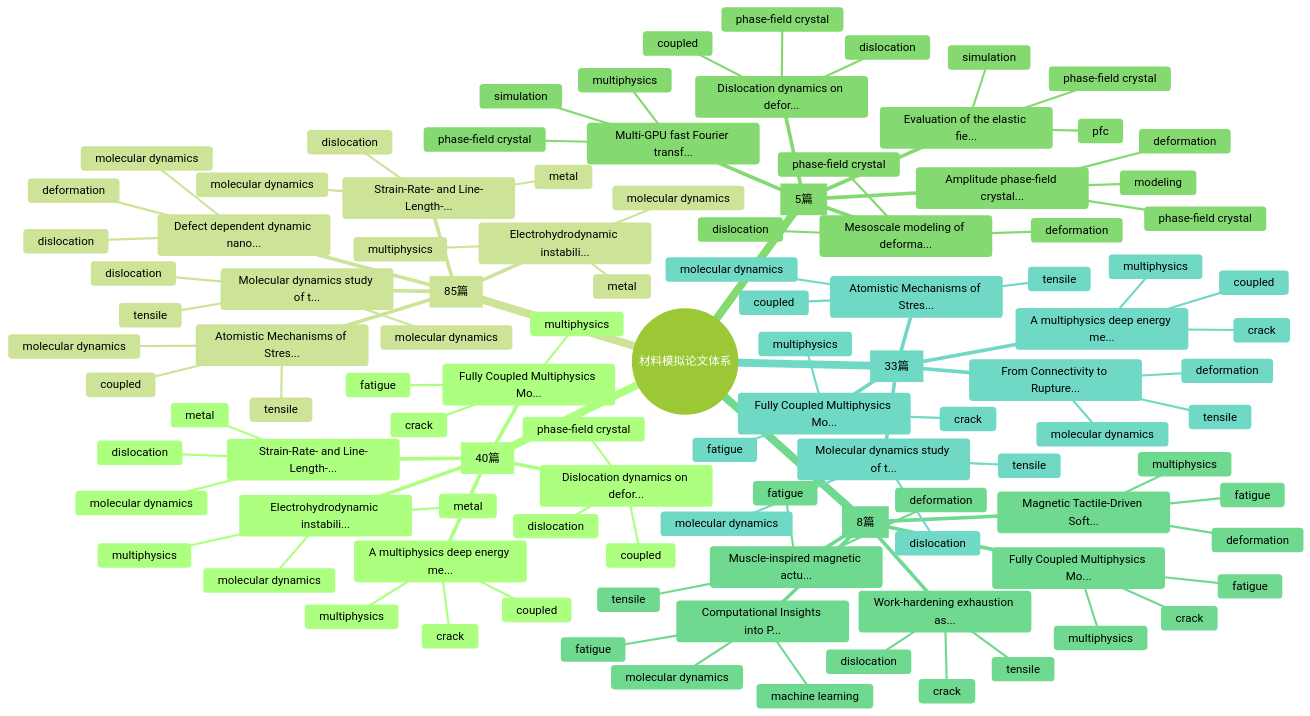
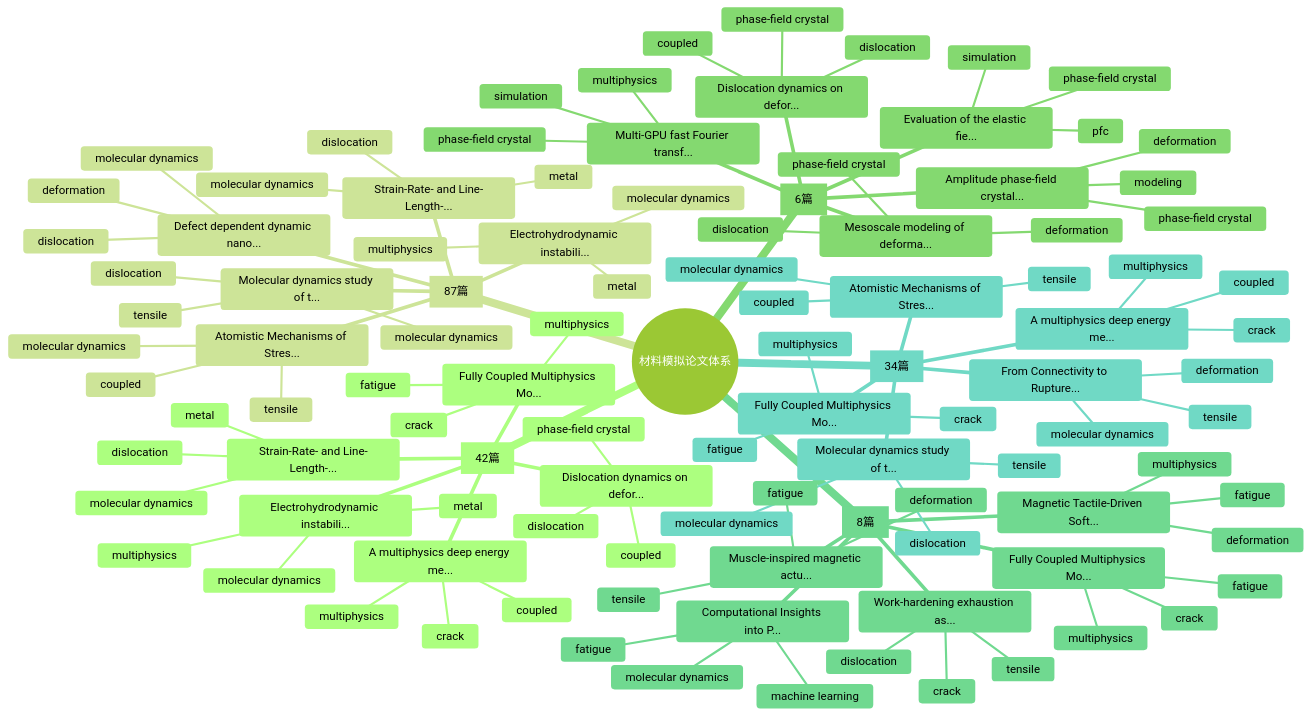
One commit to Shirakawa11111/BJK_readpaper changed the first of 2 diagrams in README.md. Above: the diagram before and after it, drawn with Mermaid (forest theme). The commit also changed other lines of this file and 11 other files, not shown here.

````diff
--- a/README.md
+++ b/README.md
@@ -94,7 +94,7 @@
 ```mermaid
 mindmap
   root((材料模拟论文体系))
-    Multiphysics Coupling [40篇]
+    Multiphysics Coupling [42篇]
       Fully Coupled Multiphysics Mo...
         fatigue
         multiphysics
@@ -115,7 +115,7 @@
         molecular dynamics
         dislocation
         metal
-    Molecular Dynamics [85篇]
+    Molecular Dynamics [87篇]
       Molecular dynamics study of t...
         molecular dynamics
         dislocation
@@ -136,7 +136,7 @@
         molecular dynamics
         tensile
         coupled
-    Phase-Field Crystal [5篇]
+    Phase-Field Crystal [6篇]
       Dislocation dynamics on defor...
         phase-field crystal
         dislocation
@@ -178,7 +178,7 @@
         multiphysics
         fatigue
         deformation
-    Tensile / Deformation Simulation [33篇]
+    Tensile / Deformation Simulation [34篇]
       Fully Coupled Multiphysics Mo...
         fatigue
         multiphysics
````
